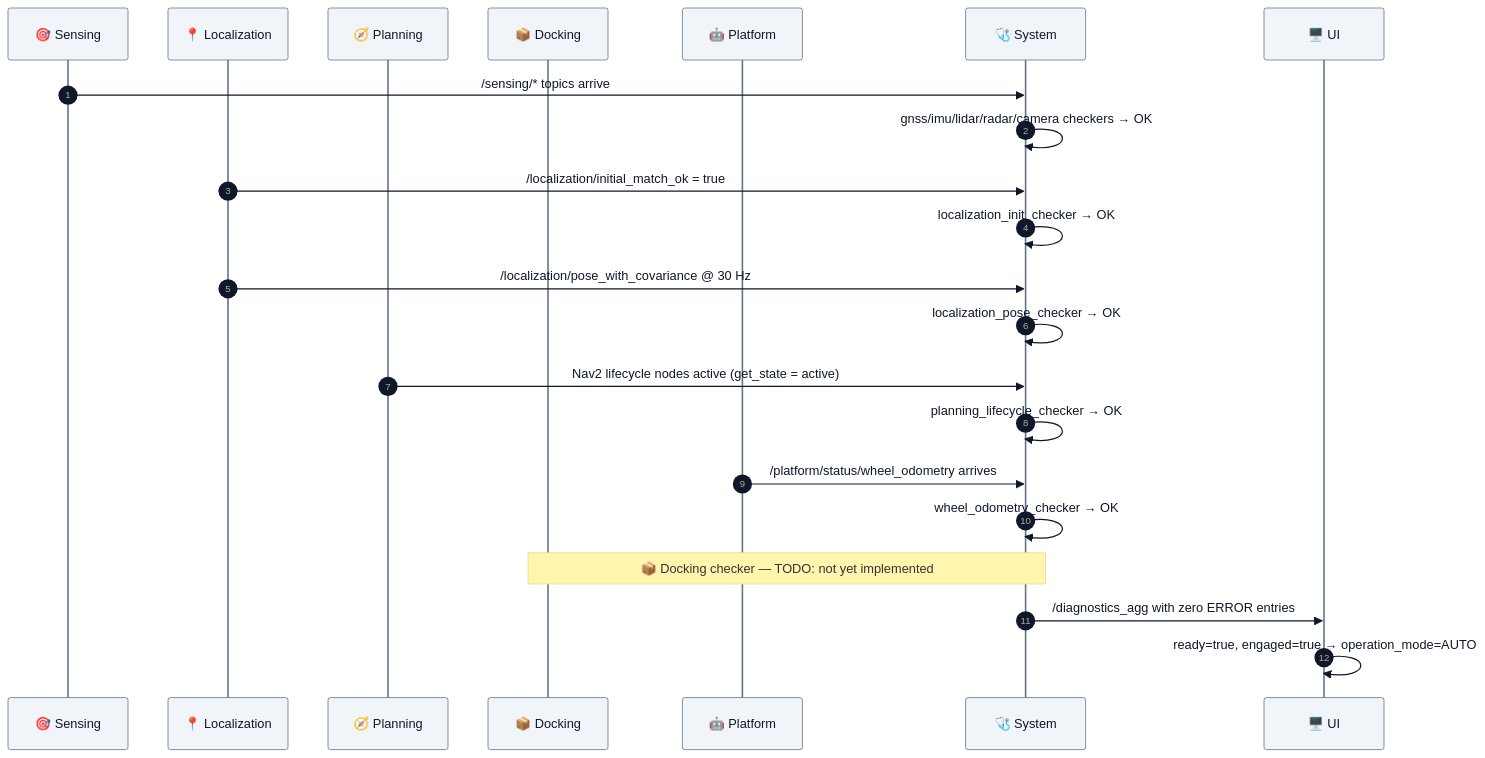
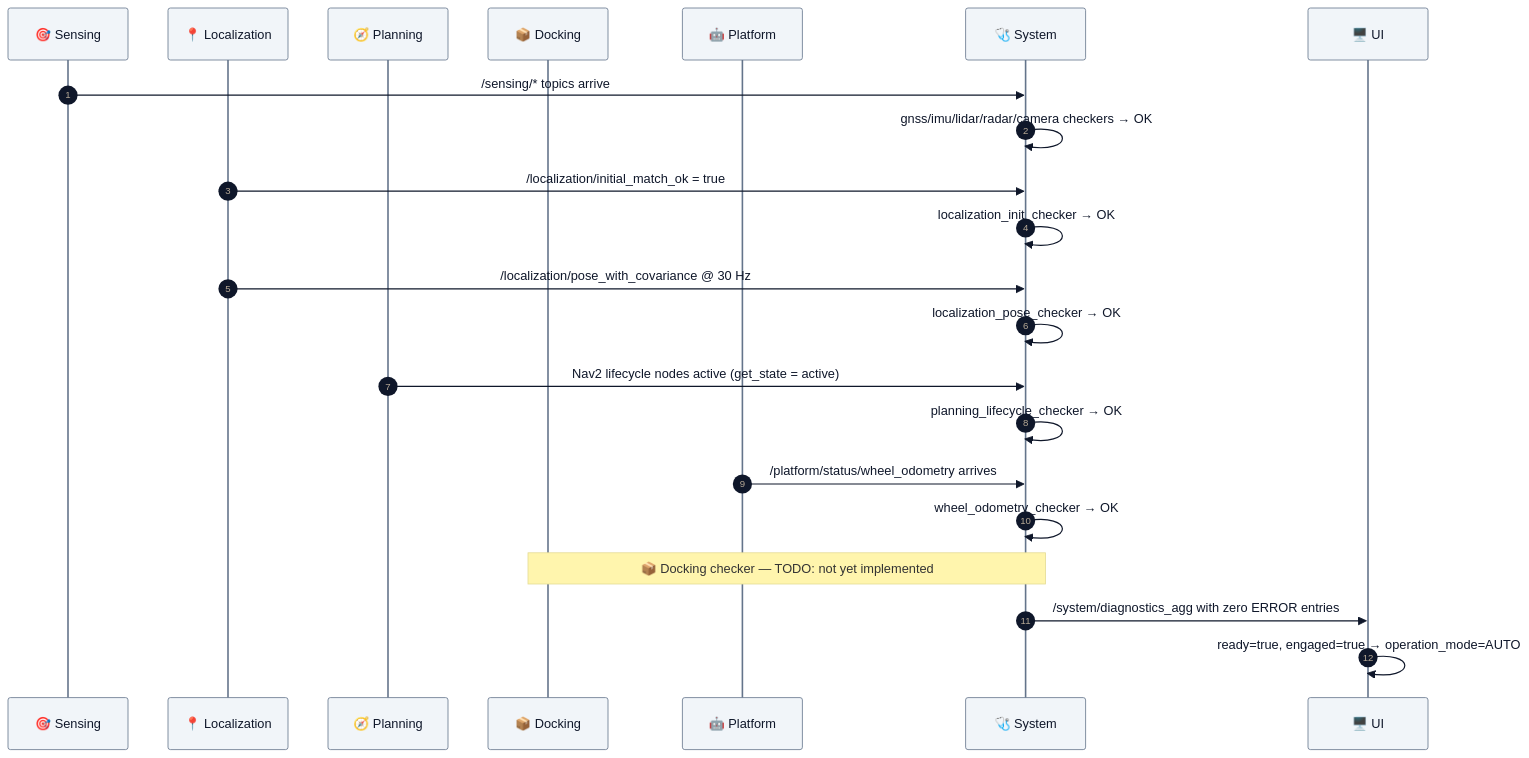
Before and after one commit to hwanhonglee/CAMROD: the fourth of 4 diagrams in camrod_system/README.md, drawn with Mermaid. The commit also changed other lines of this file and 184 other files, not shown here.

````diff
--- a/camrod_system/README.md
+++ b/camrod_system/README.md
@@ -143,32 +171,32 @@
 ```mermaid
 %%{init: {'theme': 'base', 'themeVariables': {'fontFamily': 'ui-sans-serif, system-ui, sans-serif', 'fontSize': '14px', 'primaryColor': '#F1F5F9', 'primaryTextColor': '#0F172A', 'primaryBorderColor': '#64748B', 'lineColor': '#475569'}}}%%
 sequenceDiagram
   autonumber
   participant SENS as 🎯 Sensing
   participant LOC as 📍 Localization
   participant PLAN as 🧭 Planning
   participant DOCK as 📦 Docking
   participant PLAT as 🤖 Platform
   participant SYS as 🩺 System
   participant UI as 🖥️ UI
 
   SENS->>SYS: /sensing/* topics arrive
   SYS->>SYS: gnss/imu/lidar/radar/camera checkers → OK
 
   LOC->>SYS: /localization/initial_match_ok = true
   SYS->>SYS: localization_init_checker → OK
 
   LOC->>SYS: /localization/pose_with_covariance @ 30 Hz
   SYS->>SYS: localization_pose_checker → OK
 
   PLAN->>SYS: Nav2 lifecycle nodes active (get_state = active)
   SYS->>SYS: planning_lifecycle_checker → OK
 
   PLAT->>SYS: /platform/status/wheel_odometry arrives
   SYS->>SYS: wheel_odometry_checker → OK
 
   Note over DOCK,SYS: 📦 Docking checker — TODO: not yet implemented
 
-  SYS->>UI: /diagnostics_agg with zero ERROR entries
+  SYS->>UI: /system/diagnostics_agg with zero ERROR entries
   UI->>UI: ready=true, engaged=true → operation_mode=AUTO
 ```
````
